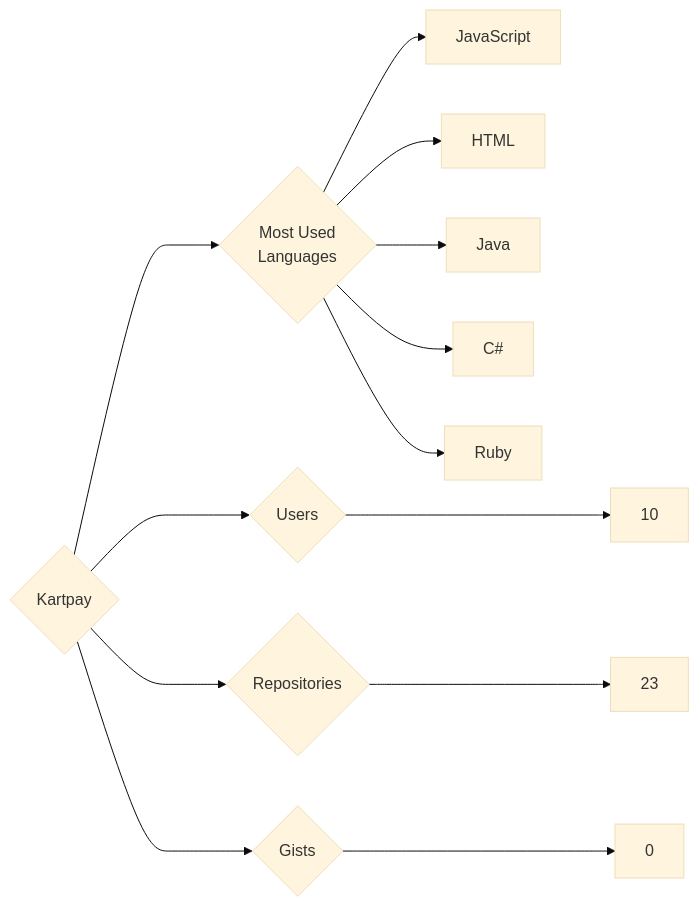
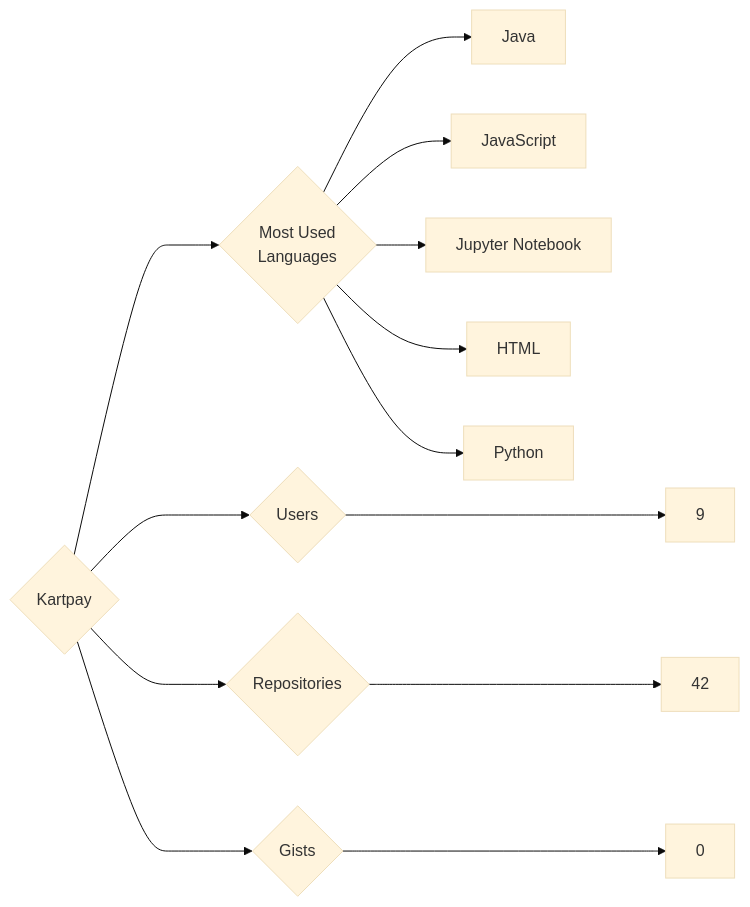
The diagram in targets/Kartpay/README.md (trickest/insiders), drawn with Mermaid (base theme) before and after one commit. The commit also changed 1238 other files, not shown here.

````diff
--- a/targets/Kartpay/README.md
+++ b/targets/Kartpay/README.md
@@ -3,13 +3,13 @@
 ```mermaid
 graph LR
 COMPANY_NAME{Kartpay}
-COMPANY_NAME ---> U{Users} ---> UN[10]
-COMPANY_NAME ---> R{Repositories} ---> RN[23]
+COMPANY_NAME ---> U{Users} ---> UN[9]
+COMPANY_NAME ---> R{Repositories} ---> RN[42]
 COMPANY_NAME ---> G{Gists} ---> GN[0]
 COMPANY_NAME ---> ML{Most Used<br>Languages}
+ML --> Java[Java]
 ML --> JavaScript[JavaScript]
+ML --> Jupyter_Notebook[Jupyter Notebook]
 ML --> HTML[HTML]
-ML --> Java[Java]
-ML --> C#[C#]
-ML --> Ruby[Ruby]
+ML --> Python[Python]
 ```
````
